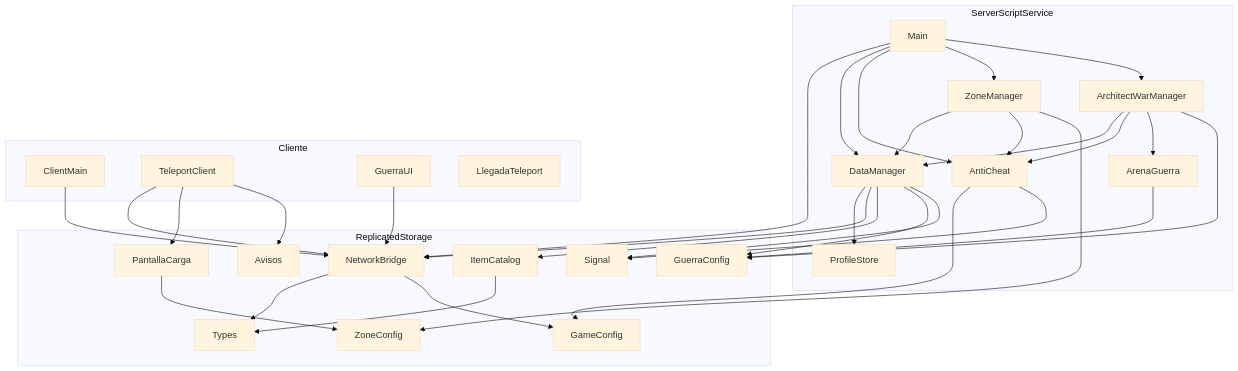
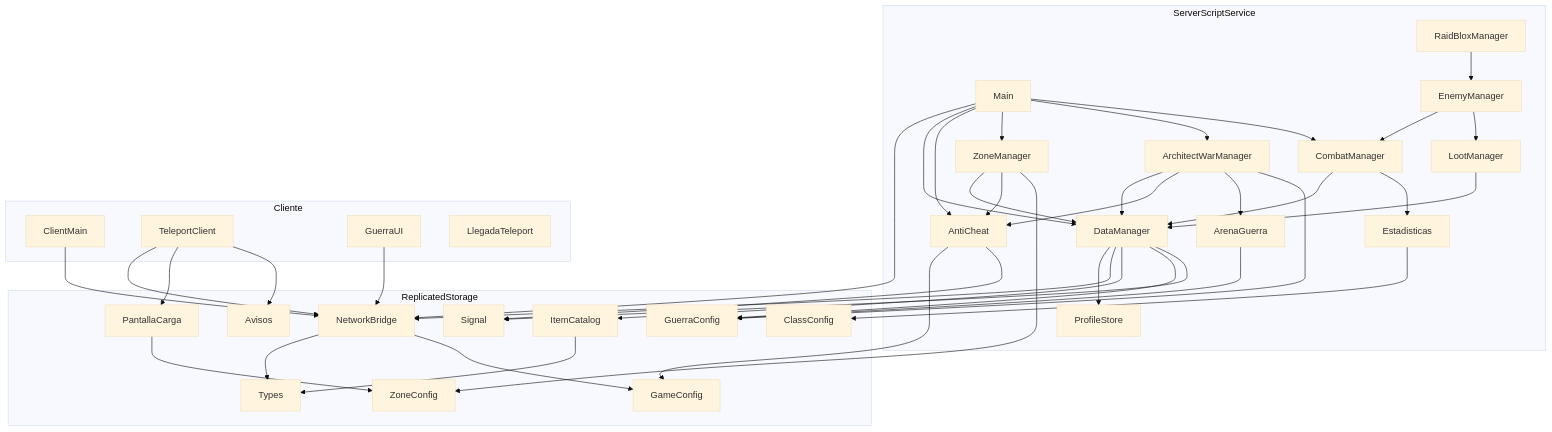
One commit to vonvivant/raidblox changed the first of 2 diagrams in docs/arquitectura.md. Above: the diagram before and after it, drawn with Mermaid (base theme). The commit also changed other lines of this file and 4 other files, not shown here.

First line of the commit message:
docs: documentación de combate con diagramas

````diff
--- a/docs/arquitectura.md
+++ b/docs/arquitectura.md
@@ -51,64 +65,79 @@
 ```mermaid
 flowchart TD
     subgraph Shared[ReplicatedStorage]
         Types
         GameConfig
         ItemCatalog
         ZoneConfig
         GuerraConfig
         Signal
         NetworkBridge
         PantallaCarga
         Avisos
+        ClassConfig
     end
 
     subgraph Server[ServerScriptService]
         Main
         DataManager
         AntiCheat
         ZoneManager
         ArenaGuerra
         ArchitectWarManager
         ProfileStore
+        CombatManager
+        Estadisticas
+        EnemyManager
+        RaidBloxManager
+        LootManager
     end
 
     subgraph Client[Cliente]
         ClientMain
         TeleportClient
         GuerraUI
         LlegadaTeleport
     end
 
     NetworkBridge --> Types
     NetworkBridge --> GameConfig
     ItemCatalog --> Types
     PantallaCarga --> ZoneConfig
 
     Main --> NetworkBridge
     Main --> DataManager
     Main --> AntiCheat
     Main --> ZoneManager
     Main --> ArchitectWarManager
 
     DataManager --> ProfileStore
     DataManager --> NetworkBridge
     DataManager --> ItemCatalog
     DataManager --> GuerraConfig
     DataManager --> Signal
     AntiCheat --> GameConfig
     AntiCheat --> Signal
     ZoneManager --> DataManager
     ZoneManager --> AntiCheat
     ZoneManager --> ZoneConfig
     ArchitectWarManager --> DataManager
     ArchitectWarManager --> AntiCheat
     ArchitectWarManager --> ArenaGuerra
     ArchitectWarManager --> GuerraConfig
     ArenaGuerra --> GuerraConfig
 
+    Main --> CombatManager
+    CombatManager --> DataManager
+    CombatManager --> Estadisticas
+    Estadisticas --> ClassConfig
+    EnemyManager --> CombatManager
+    EnemyManager --> LootManager
+    RaidBloxManager --> EnemyManager
+    LootManager --> DataManager
+
     ClientMain --> NetworkBridge
     TeleportClient --> NetworkBridge
     TeleportClient --> PantallaCarga
     TeleportClient --> Avisos
     GuerraUI --> NetworkBridge
 ```
````
